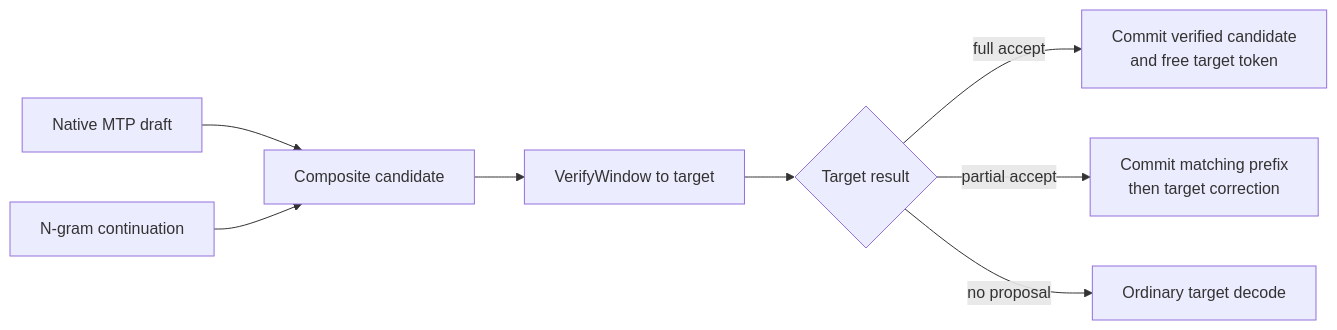
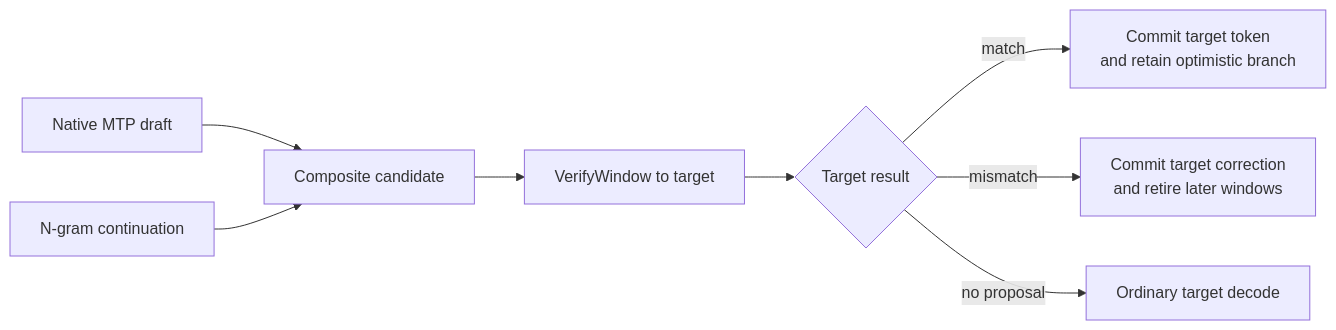
One commit to B-A-M-N/mesh-llm changed the first of 8 diagrams in docs/skippy/PIPELINED_VERIFY_WINDOW.md. Above: the diagram before and after it, drawn with Mermaid. The commit also changed other lines of this file and 33 other files, not shown here.

````diff
--- a/docs/skippy/PIPELINED_VERIFY_WINDOW.md
+++ b/docs/skippy/PIPELINED_VERIFY_WINDOW.md
@@ -32,10 +31,10 @@
 ```mermaid
 flowchart LR
   MTP["Native MTP draft"] --> C["Composite candidate"]
   NGRAM["N-gram continuation"] --> C
   C --> W["VerifyWindow to target"]
   W --> R{"Target result"}
-  R -->|"full accept"| A["Commit verified candidate\nand free target token"]
-  R -->|"partial accept"| P["Commit matching prefix\nthen target correction"]
+  R -->|"match"| A["Commit target token\nand retain optimistic branch"]
+  R -->|"mismatch"| P["Commit target correction\nand retire later windows"]
   R -->|"no proposal"| T["Ordinary target decode"]
 ```
````
